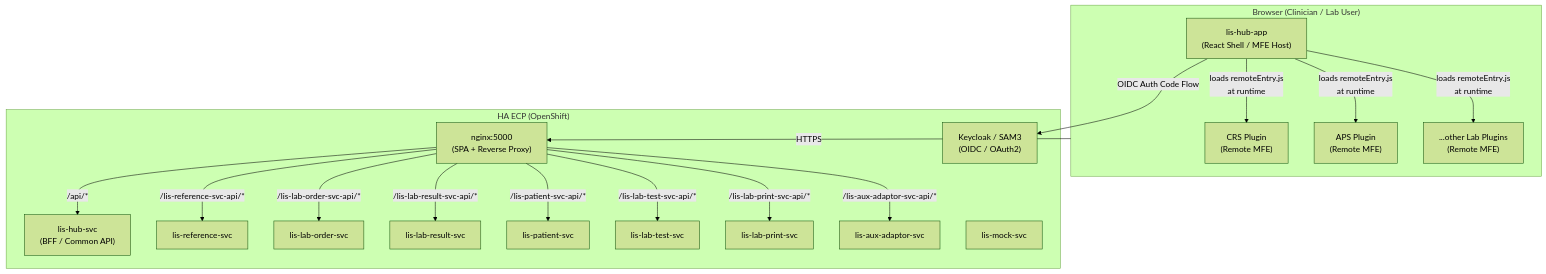
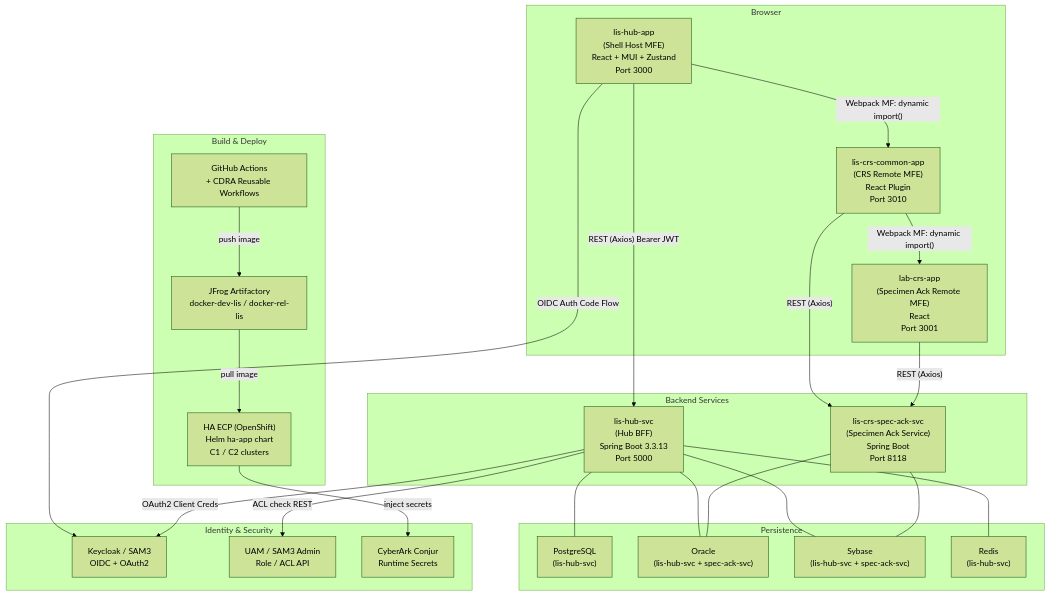
One commit to DragonChong/HA-Notes changed the diagram in LIS/ECP/Micro-Frontend-Backend Architecture/00 - Overview.md. Above: the diagram before and after it, drawn with Mermaid (forest theme). The commit also changed other lines of this file and 1 other file, not shown here.

````diff
--- a/LIS/ECP/Micro-Frontend-Backend Architecture/00 - Overview.md
+++ b/LIS/ECP/Micro-Frontend-Backend Architecture/00 - Overview.md
@@ -26,37 +22,50 @@
 ```mermaid
 graph TB
-    subgraph Browser["Browser (Clinician / Lab User)"]
-        Shell["lis-hub-app\n(React Shell / MFE Host)"]
-        P1["CRS Plugin\n(Remote MFE)"]
-        P2["APS Plugin\n(Remote MFE)"]
-        Pn["...other Lab Plugins\n(Remote MFE)"]
+    subgraph "Browser"
+        Hub["lis-hub-app\n(Shell Host MFE)\nReact + MUI + Zustand\nPort 3000"]
+        CRS["lis-crs-common-app\n(CRS Remote MFE)\nReact Plugin\nPort 3010"]
+        LAB["lab-crs-app\n(Specimen Ack Remote MFE)\nReact\nPort 3001"]
     end
 
-    subgraph Platform["HA ECP (OpenShift)"]
-        Nginx["nginx:5000\n(SPA + Reverse Proxy)"]
-        Hub["lis-hub-svc\n(BFF / Common API)"]
-        Ref["lis-reference-svc"]
-        Order["lis-lab-order-svc"]
-        Result["lis-lab-result-svc"]
-        Patient["lis-patient-svc"]
-        Test["lis-lab-test-svc"]
-        Print["lis-lab-print-svc"]
-        Aux["lis-aux-adaptor-svc"]
-        Mock["lis-mock-svc"]
-        Keycloak["Keycloak / SAM3\n(OIDC / OAuth2)"]
+    subgraph "Backend Services"
+        HubSvc["lis-hub-svc\n(Hub BFF)\nSpring Boot 3.3.13\nPort 5000"]
+        SpecAck["lis-crs-spec-ack-svc\n(Specimen Ack Service)\nSpring Boot\nPort 8118"]
     end
 
-    Shell -->|"loads remoteEntry.js\nat runtime"| P1
-    Shell -->|"loads remoteEntry.js\nat runtime"| P2
-    Shell -->|"loads remoteEntry.js\nat runtime"| Pn
-    Browser -->|HTTPS| Nginx
-    Nginx -->|"/api/*"| Hub
-    Nginx -->|"/lis-reference-svc-api/*"| Ref
-    Nginx -->|"/lis-lab-order-svc-api/*"| Order
-    Nginx -->|"/lis-lab-result-svc-api/*"| Result
-    Nginx -->|"/lis-patient-svc-api/*"| Patient
-    Nginx -->|"/lis-lab-test-svc-api/*"| Test
-    Nginx -->|"/lis-lab-print-svc-api/*"| Print
-    Nginx -->|"/lis-aux-adaptor-svc-api/*"| Aux
-    Shell -->|"OIDC Auth Code Flow"| Keycloak
+    subgraph "Persistence"
+        PG["PostgreSQL\n(lis-hub-svc)"]
+        ORA["Oracle\n(lis-hub-svc + spec-ack-svc)"]
+        SYB["Sybase\n(lis-hub-svc + spec-ack-svc)"]
+        REDIS["Redis\n(lis-hub-svc)"]
+    end
+
+    subgraph "Identity & Security"
+        KC["Keycloak / SAM3\nOIDC + OAuth2"]
+        UAM["UAM / SAM3 Admin\nRole / ACL API"]
+        CYB["CyberArk Conjur\nRuntime Secrets"]
+    end
+
+    subgraph "Build & Deploy"
+        GH["GitHub Actions\n+ CDRA Reusable Workflows"]
+        ART["JFrog Artifactory\ndocker-dev-lis / docker-rel-lis"]
+        OCP["HA ECP (OpenShift)\nHelm ha-app chart\nC1 / C2 clusters"]
+    end
+
+    Hub -->|"Webpack MF: dynamic import()"| CRS
+    CRS -->|"Webpack MF: dynamic import()"| LAB
+    Hub -->|"REST (Axios) Bearer JWT"| HubSvc
+    CRS -->|"REST (Axios)"| SpecAck
+    LAB -->|"REST (Axios)"| SpecAck
+    Hub -->|"OIDC Auth Code Flow"| KC
+    HubSvc -->|"OAuth2 Client Creds"| KC
+    HubSvc -->|"ACL check REST"| UAM
+    HubSvc --- PG
+    HubSvc --- ORA
+    HubSvc --- SYB
+    HubSvc --- REDIS
+    SpecAck --- ORA
+    SpecAck --- SYB
+    GH -->|"push image"| ART
+    ART -->|"pull image"| OCP
+    OCP -->|"inject secrets"| CYB
 ```
````
